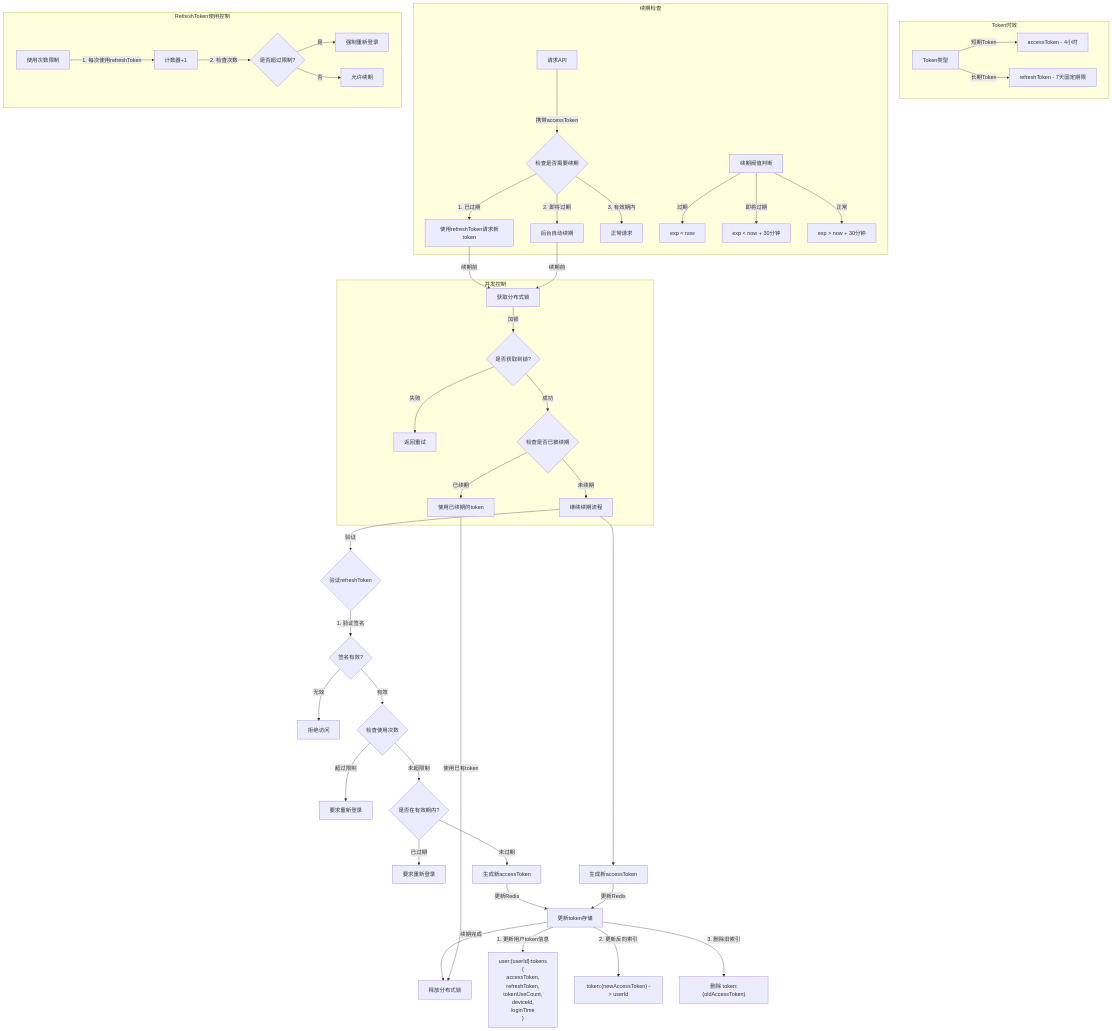
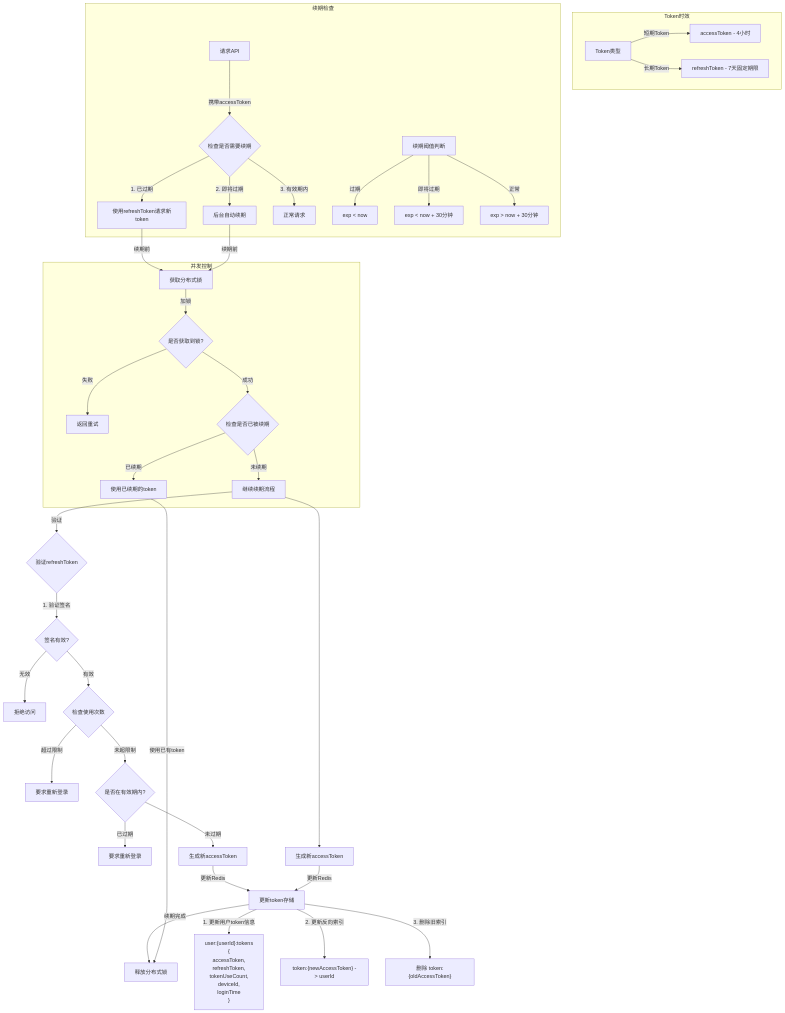
One commit to yingjianzh/iodraw-files changed the diagram in all/考虑修改-15.md. Above: the diagram before and after it, drawn with Mermaid.

Commit message:
2025-01-03 09:33:00 update

````diff
--- a/all/考虑修改-15.md
+++ b/all/考虑修改-15.md
@@ -1,67 +1,61 @@
 ```mermaid
 flowchart TD
     subgraph Token时效
         A[Token类型] -->|短期Token| B[accessToken - 4小时]
         A -->|长期Token| C[refreshToken - 7天固定期限]
     end
 
     subgraph 续期检查
         F[请求API] -->|携带accessToken| G{检查是否需要续期}
         G -->|1. 已过期| H[使用refreshToken请求新token]
         G -->|2. 即将过期| I[后台自动续期]
         G -->|3. 有效期内| J[正常请求]
         
         %% 续期阈值判断
         K[续期阈值判断]
         K -->|过期| L[exp < now]
         K -->|即将过期| M[exp < now + 30分钟]
         K -->|正常| N[exp > now + 30分钟]
     end
 
     %% 分布式锁控制
     subgraph 并发控制
         H & I -->|续期前| LC[获取分布式锁]
         LC -->|加锁| LD{是否获取到锁?}
         LD -->|失败| LE[返回重试]
         LD -->|成功| LF{检查是否已被续期}
         LF -->|已续期| LG[使用已续期的token]
         LF -->|未续期| LH[继续续期流程]
     end
 
     %% 续期流程
     LH -->|验证| O{验证refreshToken}
     O -->|1. 验证签名| P{签名有效?}
     P -->|无效| Q1[拒绝访问]
     P -->|有效| R{检查使用次数}
     R -->|超过限制| S[要求重新登录]
     R -->|未超限制| T{是否在有效期内?}
     T -->|已过期| U[要求重新登录]
     T -->|未过期| V[生成新accessToken]
     
     LH --> W[生成新accessToken]
     
     %% Redis更新
     V & W -->|更新Redis| X[更新token存储]
     X -->|1. 更新用户token信息| Y["user:{userId}:tokens 
     {
         accessToken,
         refreshToken,
         tokenUseCount,
         deviceId,
         loginTime
     }"]
     X -->|2. 更新反向索引| Z["token:{newAccessToken} -> userId"]
     X -->|3. 删除旧索引| AA["删除 token:{oldAccessToken}"]
 
     %% 释放锁
     X -->|续期完成| LI[释放分布式锁]
     LG -->|使用已有token| LI
 
-    %% 使用次数控制
-    subgraph RefreshToken使用控制
-        BB[使用次数限制] -->|1. 每次使用refreshToken| CC[计数器+1]
-        CC -->|2. 检查次数| DD{是否超过限制?}
-        DD -->|是| EE[强制重新登录]
-        DD -->|否| FF[允许续期]
-    end
+    
 ```
````
